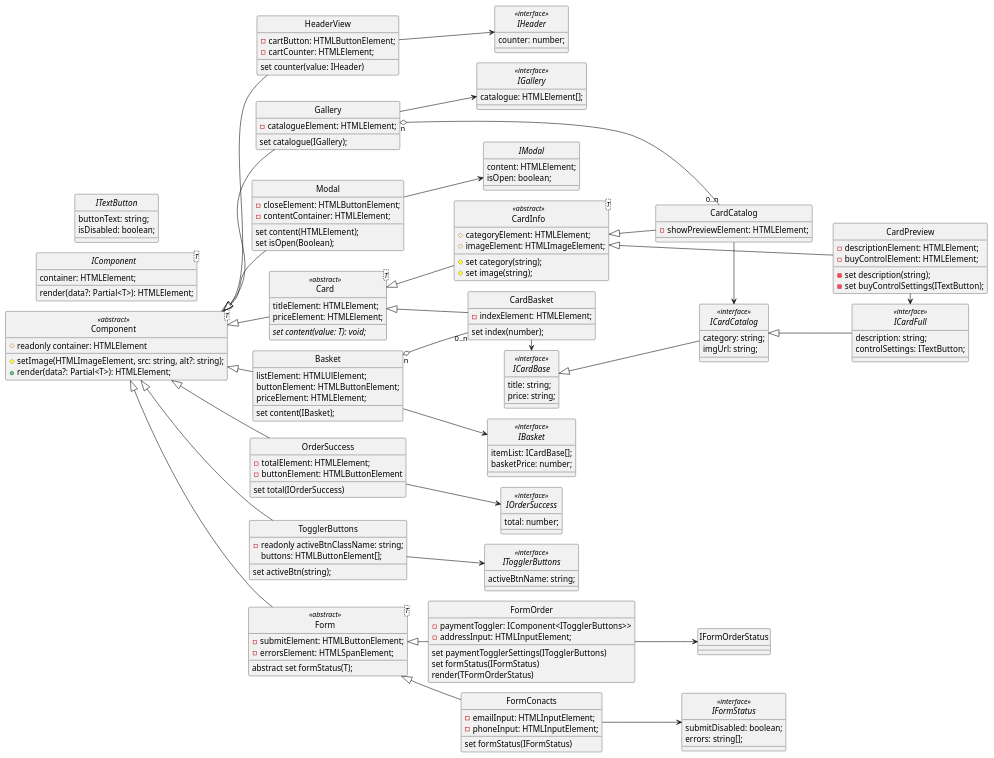
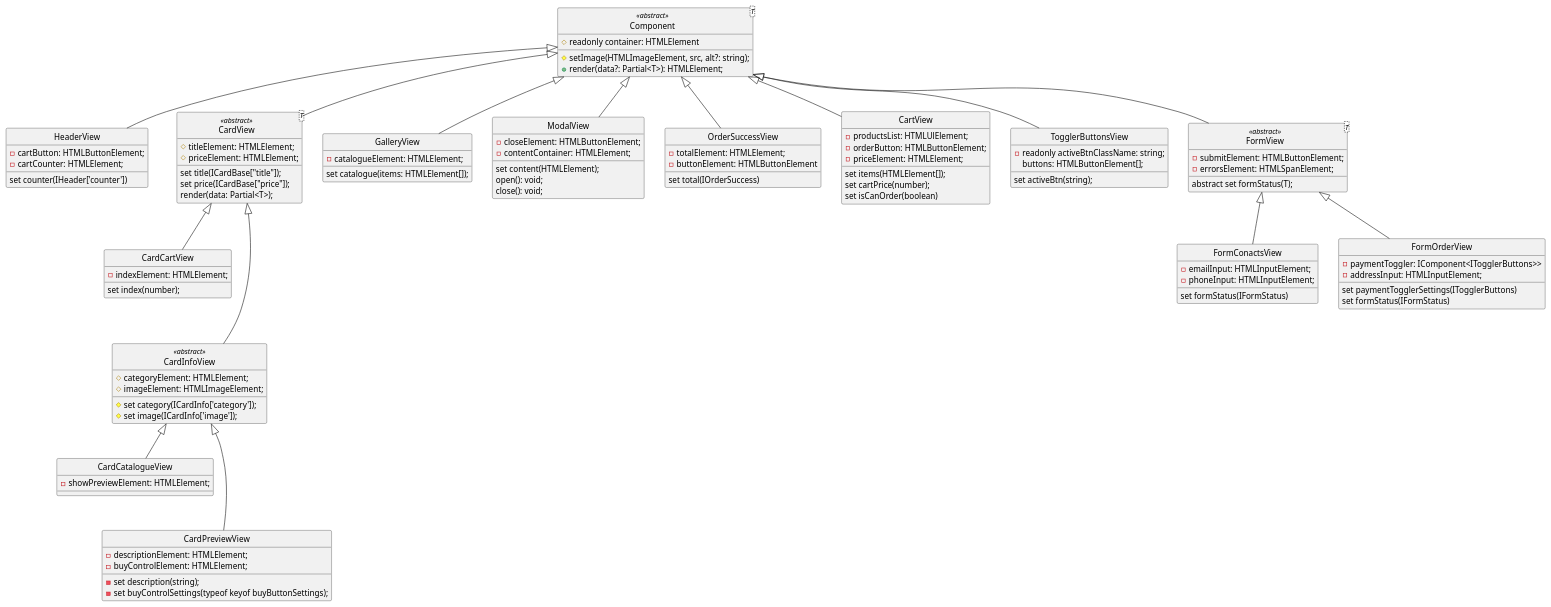
Before and after one commit to Mishbazian/weblarek: the diagram in view.puml, drawn with PlantUML. The commit also changed 1 other file, not shown here.

```diff
--- a/view.puml
+++ b/view.puml
@@ -1,22 +1,22 @@
-@startuml
-!pragma layout smetana
-left to right direction
-skinparam groupInheritance 3
+@startuml Classes diagram
 
+'left to right direction
+'skinparam groupInheritance 2
 
 
 class  Component<T> <<abstract>> {
 
     # readonly container: HTMLElement
-    # setImage(HTMLImageElement, src: string, alt?: string);
+    # setImage(HTMLImageElement, src, alt?: string);
     + render(data?: Partial<T>): HTMLElement;
 }
 
-interface IComponent<T> {
+interface IComponent<T> <<interface>>{
     container: HTMLElement;
     render(data?: Partial<T>): HTMLElement;
 }
 
+IComponent -up> Component
 
 '----Хедер-----'
 interface IHeader <<interface>>{
@@ -27,126 +27,139 @@
 
     -cartButton: HTMLButtonElement;
     -cartCounter: HTMLElement;
-    set counter(value: IHeader)
+    set counter(IHeader['counter'])
 }
+
 HeaderView --> IHeader
 
-interface IGallery <<interface>>{
-    catalogue: HTMLElement[];
-}
-
-class Gallery extends Component {
-
-    -catalogueElement: HTMLElement;
-    set catalogue(IGallery);
-}
-
-Gallery --> IGallery
-
-'------Модалка---------'
-interface IModal {
-    content: HTMLElement;
-    isOpen: boolean;
-}
-
-class Modal extends Component {
-    - closeElement: HTMLButtonElement;
-    - contentContainer: HTMLElement;
-
-    set content(HTMLElement);
-    set isOpen(Boolean);
-}
-Modal --> IModal
-
 '-----Карточки------'
+'---Базовый класс---'
 interface ICardBase<<interface>> {
     title: string;
     price: string;
 }
 
-interface ICardCatalog<<interface>> extends ICardBase {
-    category: string;
-    imgUrl: string;
+class CardView<T> <<abstract>> extends Component {
+    #titleElement: HTMLElement;
+    #priceElement: HTMLElement;
+
+    set title(ICardBase["title"]);
+    set price(ICardBase["price"]);
+    render(data: Partial<T>);
 }
 
- 
-class Card<T> <<abstract>> extends Component {
-    titleElement: HTMLElement;
-    priceElement: HTMLElement;
-
-    {abstract} set content(value: T): void;
+interface ICardInfo<<interface>> extends ICardBase {
+    category: string;
+    image: {url; alt?: string}
 }
 
-class CardInfo<T> <<abstract>> extends Card {
+
+interface ICardCatalogue <<interface>> extends ICardInfo {
+
+}
+ 
+'-----Карточка для каталога---
+
+class CardInfoView <<abstract>> extends CardView {
     # categoryElement: HTMLElement;
     # imageElement: HTMLImageElement;
 
-    # set category(string);
-    # set image(string);
+    # set category(ICardInfo['category']);
+    # set image(ICardInfo['image']);
 }
 
-class CardCatalog extends CardInfo {
-    - showPreviewElement: HTMLElement; 
+class CardCatalogueView extends CardInfoView {
+    - showPreviewElement: HTMLElement;
 }
+
+'-----Карточка для превью---э
 
 ' @todo вынести в константы
 ' const buyButtonSettings { 
-'     BUY: { text: "Купить", disabled: false },
-'     REMOVE: {text:"Удалить из корзины", disabled: false},
-'     DISABLED: {text: "Недоступно", disabled: true}
+'     'BUY': { text: "Купить", disabled: false },
+'     'REMOVE': {text:"Удалить из корзины", disabled: false},
+'     'DISABLED': {text: "Недоступно", disabled: true}
 '   }
 
-interface ITextButton {
-    buttonText: string;
-    isDisabled: boolean;
+interface ICardFull<<interface>> extends ICardCatalogue {
+    description: string;
+    controlSettings: typeof keyof buyButtonSettings;
 }
 
-interface ICardFull <<interface>> extends ICardCatalog {
-    description: string;
-    controlSettings: ITextButton;
-}
-
-class CardPreview extends CardInfo {
+class CardPreviewView extends CardInfoView {
     - descriptionElement: HTMLElement;
     - buyControlElement: HTMLElement;
 
     - set description(string);
-    - set buyControlSettings(ITextButton);
+    - set buyControlSettings(typeof keyof buyButtonSettings);
 }
 
-class CardBasket extends Card {
+CardPreviewView --> ICardFull
+
+'---каоточка для корзины----'
+interface ICardCart<<interface>> extends ICardBase {
+    index: number;
+}
+
+class CardCartView extends CardView {
     - indexElement: HTMLElement;
     set index(number);
 }
 
-CardCatalog -> ICardCatalog
-CardBasket -> ICardBase
-CardPreview -> ICardFull
+CardCatalogueView -> ICardCatalogue
+CardCartView -> ICardBase
+CardPreviewView -> ICardFull
 
-interface IOrderSuccess <<interface>>{
-    total: number;
+
+
+'---Каталог ---`
+interface IGallery <<interface>>{
+    catalogue: HTMLElement[];
 }
 
-class OrderSuccess extends Component {
-    -totalElement: HTMLElement;
-    -buttonElement: HTMLButtonElement
-    set total(IOrderSuccess)
+class GalleryView extends Component {
+    - catalogueElement: HTMLElement;
+    set catalogue(items: HTMLElement[]);
 }
 
-OrderSuccess --> IOrderSuccess
+GalleryView --> IGallery
+
+'------Модалка---------'
+interface IModal <<interface>>{
+    content: HTMLElement;
+}
+
+class ModalView extends Component {
+    - closeElement: HTMLButtonElement;
+    - contentContainer: HTMLElement;
+    set content(HTMLElement);
+    open(): void;
+    close(): void;
+}
+
+ModalView --> IModal
 
 
-interface IBasket <<interface>>{
-    itemList: ICardBase[];
-    basketPrice: number;
+
+
+
+OrderSuccessView --> IOrderSuccess
+
+'---Корзина ---'
+interface ICart <<interface>> {
+    items: HTMLElement[];
+    cartPrice: number;
+    isCanBuy: boolean;
 }
-class Basket extends Component {
-    listElement: HTMLUlElement;
-    buttonElement: HTMLButtonElement;
-    priceElement: HTMLElement;
-    set content(IBasket);
+class CartView extends Component {
+    - productsList: HTMLUlElement;
+    - orderButton: HTMLButtonElement;
+    - priceElement: HTMLElement;
+    set items(HTMLElement[]);
+    set cartPrice(number);
+    set isCanOrder(boolean)
 }
-Basket --> IBasket
+CartView --> ICart
 
 
 '-----Кнопки----'
@@ -155,17 +168,17 @@
     activeBtnName: string;
 }
 
-class TogglerButtons extends Component {
+class TogglerButtonsView extends Component {
     - readonly activeBtnClassName: string;
     buttons: HTMLButtonElement[];
     set activeBtn(string);
 }
 
-TogglerButtons --> ITogglerButtons
+TogglerButtonsView --> ITogglerButtons
 
 '---Формы----'
 
-class Form<T> <<abstract>> extends Component {
+class FormView<T> <<abstract>> extends Component {
     - submitElement: HTMLButtonElement;
     -errorsElement: HTMLSpanElement;
     abstract set formStatus(T);
@@ -176,36 +189,37 @@
     errors: string[];
 }
 
-'type TFormOrderStatus  IFormStatus & ITogglerButtons
+'type TFormOrderStatus = IFormStatus & ITogglerButtons
 
-class FormOrder extends Form {
+class FormOrderView extends FormView {
     - paymentToggler: IComponent<ITogglerButtons>>
     - addressInput: HTMLInputElement;
 
     set paymentTogglerSettings(ITogglerButtons)
     set formStatus(IFormStatus)
-    render(TFormOrderStatus)
 }
 
-class FormConacts extends Form {
+class FormConactsView extends FormView {
     - emailInput: HTMLInputElement;
     - phoneInput: HTMLInputElement;
 
     set formStatus(IFormStatus)
 }
 
-FormOrder --> IFormOrderStatus
-FormConacts --> IFormStatus
+'----заказ--'
+interface IOrderSuccess <<interface>>{
+    total: number;
+}
 
+class OrderSuccessView extends Component {
+    -totalElement: HTMLElement;
+    -buttonElement: HTMLButtonElement
+    set total(IOrderSuccess)
+}
+'FormOrderView --> IFormOrderStatus'
+'FormConactsView --> IFormStatus'
 
-Gallery "n" o-- "0..n" CardCatalog
-Basket "n" o-- "0..n" CardBasket
-
-
-
-
-
-
+hide <<interface>>
 hide class circle
 hide interface circle
 @enduml
```
